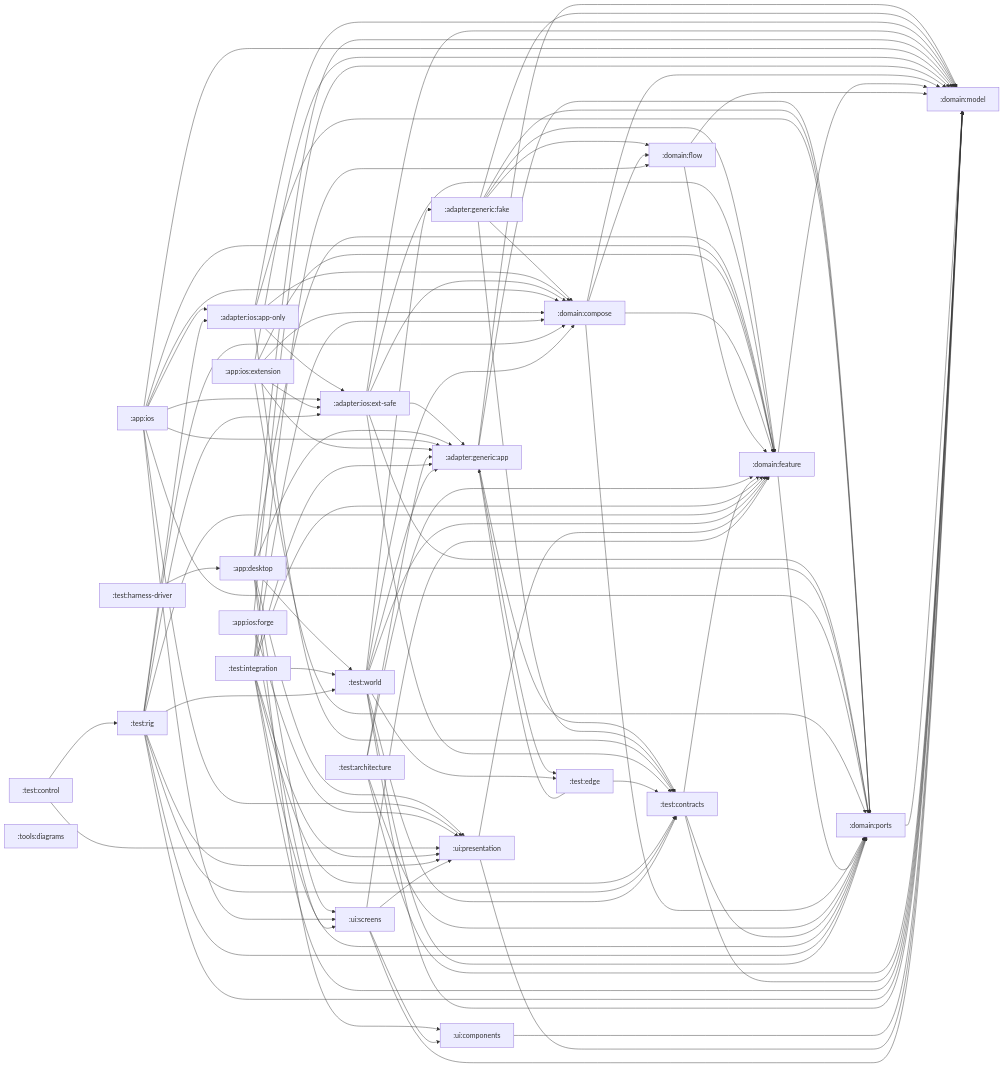
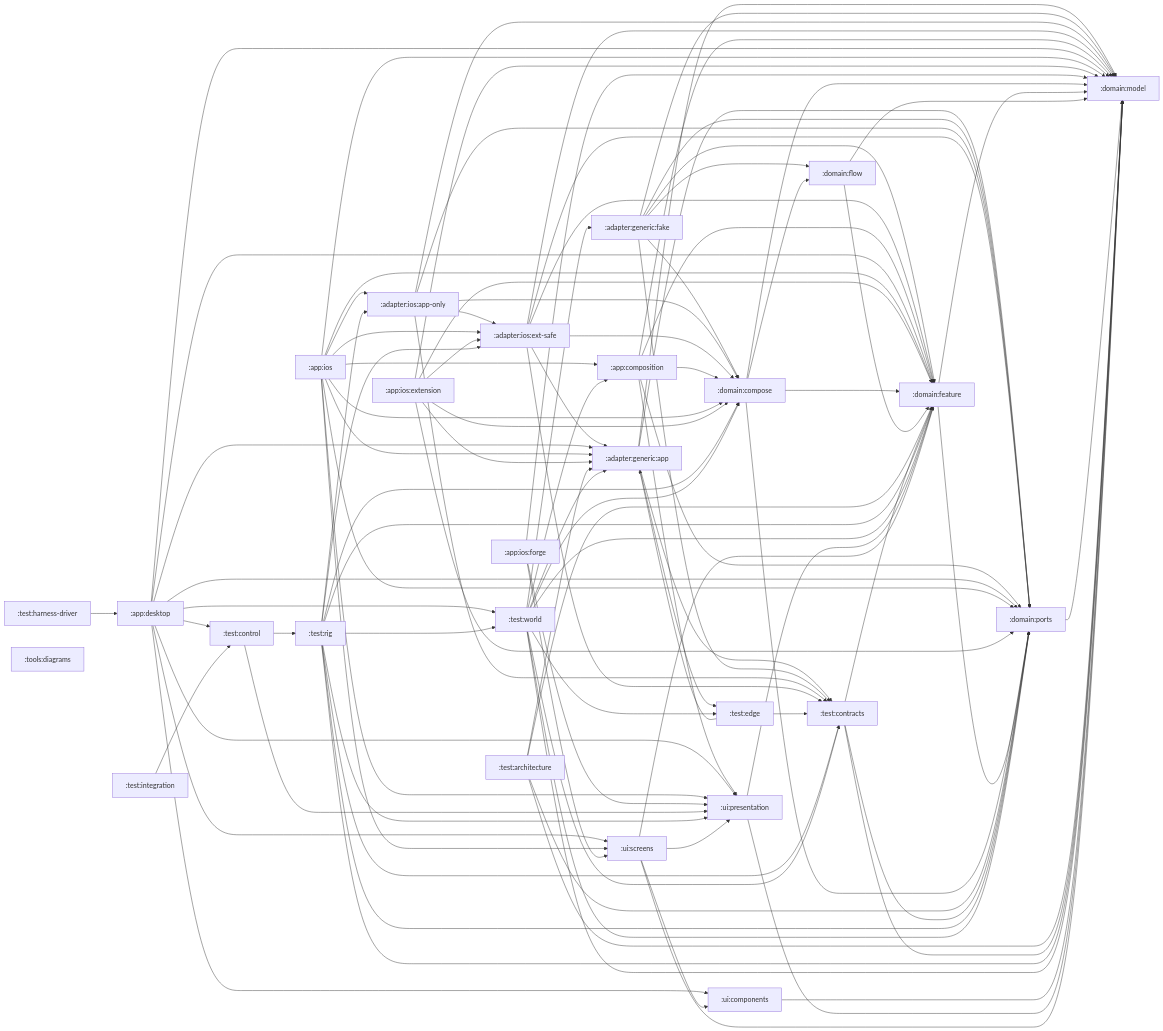
One commit to stefanhoelzl/SnapSync changed the diagram in architecture/modules.md. Above: the diagram before and after it, drawn with Mermaid. The commit also changed 3 other files, not shown here.

Commit message:
internal(architecture-diagrams): regenerate for :app:composition and the protocol-driven integration surface

```diff
--- a/architecture/modules.md
+++ b/architecture/modules.md
@@ -13,6 +13,7 @@
   adapter_generic_fake[":adapter:generic:fake"]
   adapter_ios_app_only[":adapter:ios:app-only"]
   adapter_ios_ext_safe[":adapter:ios:ext-safe"]
+  app_composition[":app:composition"]
   app_desktop[":app:desktop"]
   app_ios[":app:ios"]
   app_ios_extension[":app:ios:extension"]
@@ -55,10 +56,16 @@
   adapter_ios_ext_safe --> domain_model
   adapter_ios_ext_safe --> domain_ports
   adapter_ios_ext_safe --> test_contracts
+  app_composition --> domain_compose
+  app_composition --> domain_feature
+  app_composition --> domain_model
+  app_composition --> domain_ports
+  app_composition --> ui_presentation
   app_desktop --> adapter_generic_app
   app_desktop --> domain_feature
   app_desktop --> domain_model
   app_desktop --> domain_ports
+  app_desktop --> test_control
   app_desktop --> test_world
   app_desktop --> ui_components
   app_desktop --> ui_presentation
@@ -66,6 +73,7 @@
   app_ios --> adapter_generic_app
   app_ios --> adapter_ios_app_only
   app_ios --> adapter_ios_ext_safe
+  app_ios --> app_composition
   app_ios --> domain_compose
   app_ios --> domain_feature
   app_ios --> domain_model
@@ -102,15 +110,7 @@
   test_edge --> adapter_generic_app
   test_edge --> test_contracts
   test_harness_driver --> app_desktop
-  test_integration --> adapter_generic_app
-  test_integration --> domain_compose
-  test_integration --> domain_feature
-  test_integration --> domain_flow
-  test_integration --> domain_model
-  test_integration --> domain_ports
-  test_integration --> test_contracts
-  test_integration --> test_world
-  test_integration --> ui_presentation
+  test_integration --> test_control
   test_rig --> adapter_ios_app_only
   test_rig --> adapter_ios_ext_safe
   test_rig --> domain_compose
@@ -122,6 +122,7 @@
   test_rig --> ui_presentation
   test_world --> adapter_generic_app
   test_world --> adapter_generic_fake
+  test_world --> app_composition
   test_world --> domain_compose
   test_world --> domain_feature
   test_world --> domain_model
```
